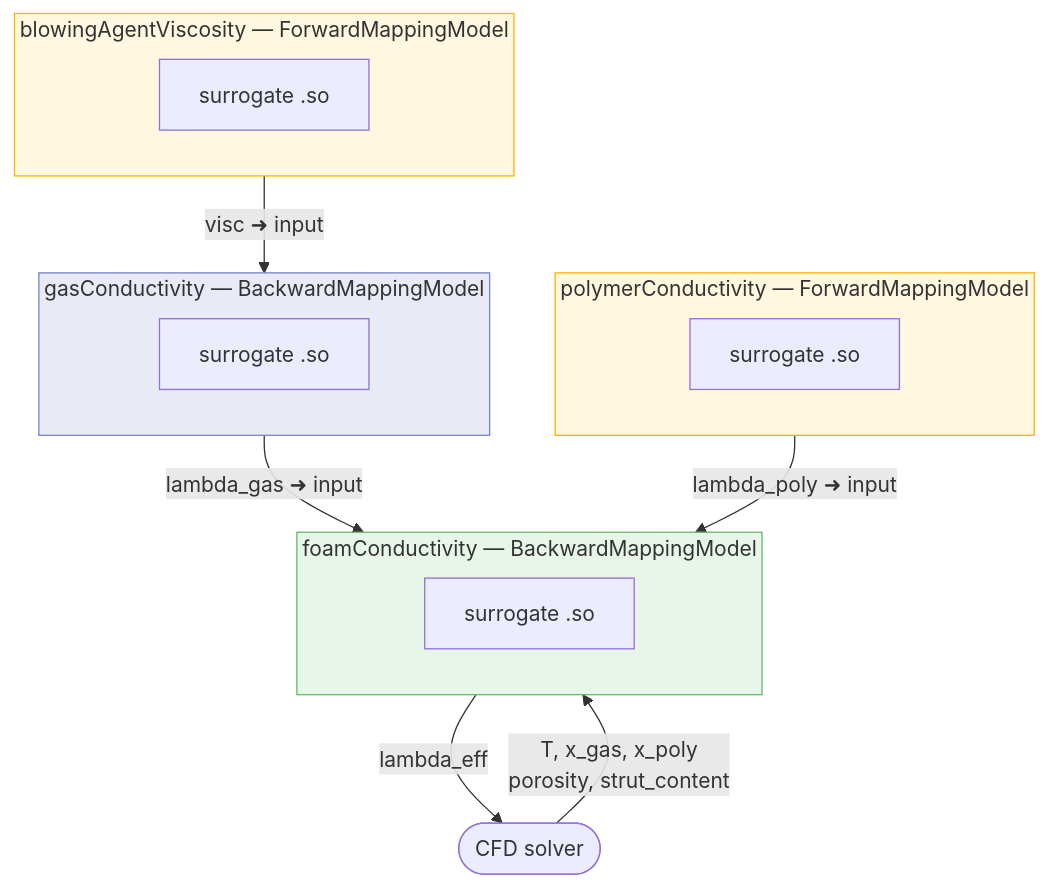
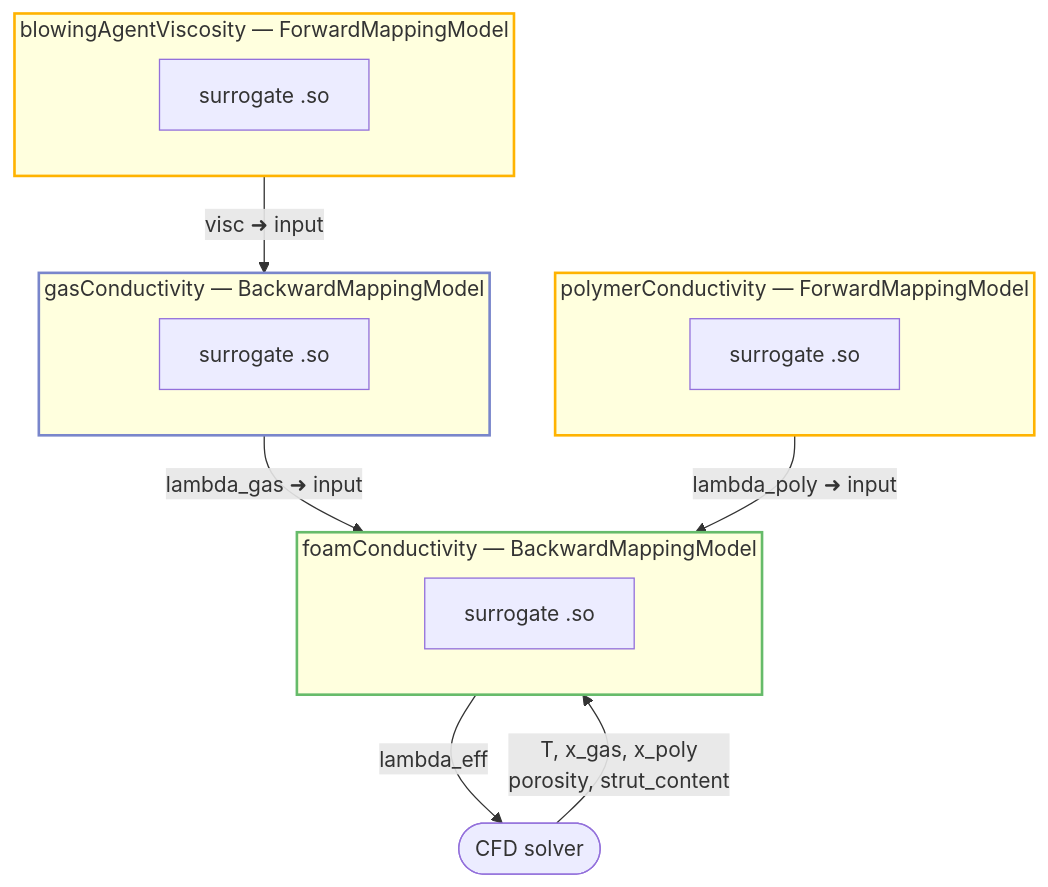
One commit to sigveka/MoDeNa2 changed the second of 4 diagrams in README.md. Above: the diagram before and after it, drawn with Mermaid. The commit also changed other lines of this file, not shown here.

Commit message:
Mermaid colour issues fixed

````diff
--- a/README.md
+++ b/README.md
@@ -86,36 +86,36 @@
 ```mermaid
 flowchart TD
     app(["CFD solver"])
 
     app -->|"T, x_gas, x_poly\nporosity, strut_content"| foam
 
     subgraph foam["foamConductivity — BackwardMappingModel"]
         direction LR
         fSo["surrogate .so"]
     end
 
     subgraph gasC["gasConductivity — BackwardMappingModel"]
         direction LR
         gSo["surrogate .so"]
     end
 
     subgraph polyC["polymerConductivity — ForwardMappingModel"]
         direction LR
         pSo["surrogate .so"]
     end
 
     subgraph blowing["blowingAgentViscosity — ForwardMappingModel"]
         direction LR
         bSo["surrogate .so"]
     end
 
     blowing -->|"visc ➜ input"| gasC
     gasC    -->|"lambda_gas ➜ input"| foam
     polyC   -->|"lambda_poly ➜ input"| foam
     foam    -->|"lambda_eff"| app
 
-    style blowing  fill:#fff8e1,stroke:#ffb300
-    style polyC    fill:#fff8e1,stroke:#ffb300
-    style gasC     fill:#e8eaf6,stroke:#7986cb
-    style foam     fill:#e8f5e9,stroke:#66bb6a
+    style blowing  stroke:#ffb300,stroke-width:2px
+    style polyC    stroke:#ffb300,stroke-width:2px
+    style gasC     stroke:#7986cb,stroke-width:2px
+    style foam     stroke:#66bb6a,stroke-width:2px
 ```
````
